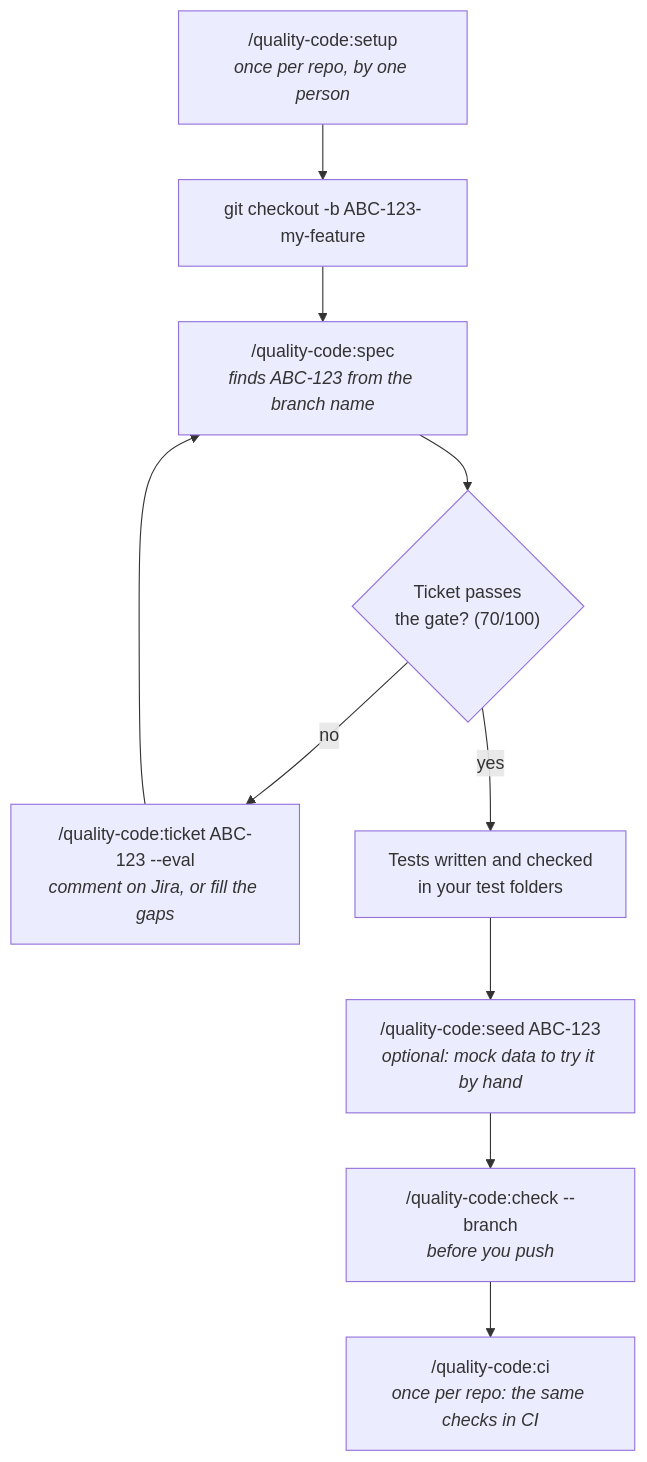
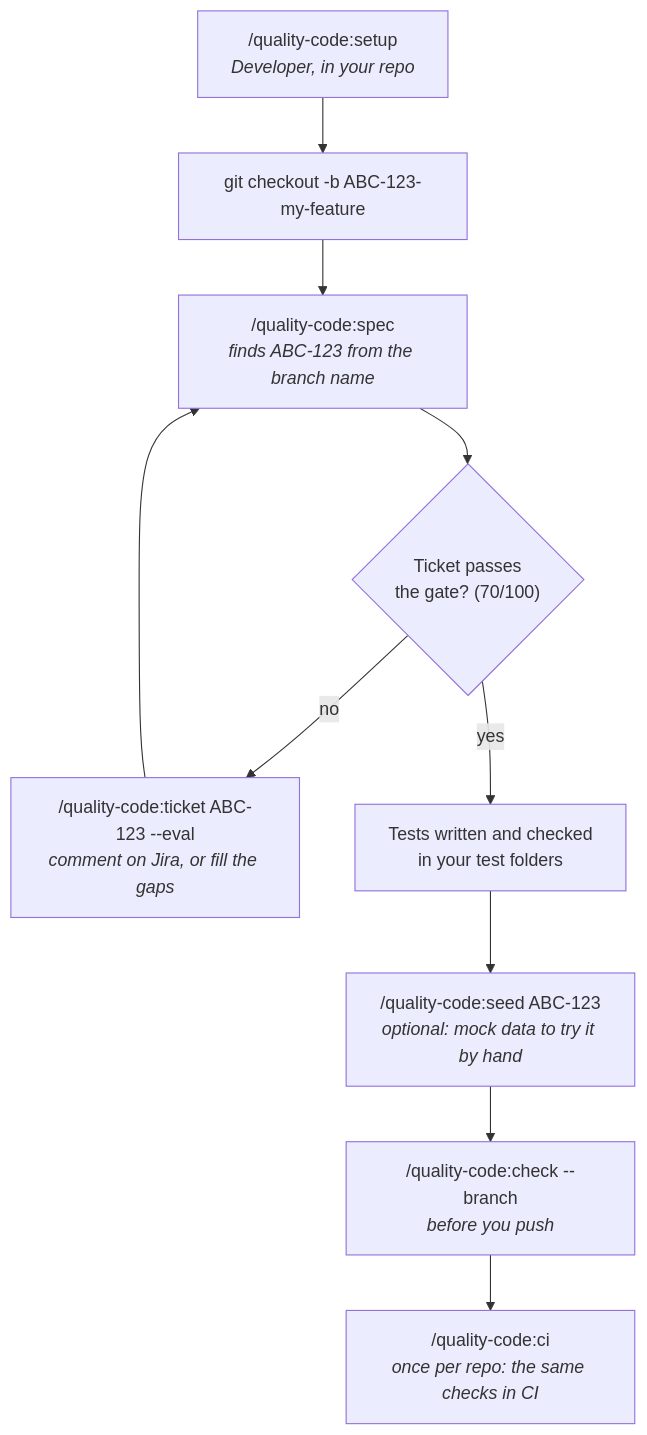
Before and after one commit to vissz28/agentic-testing: the first of 3 diagrams in README.md, drawn with Mermaid. The commit also changed other lines of this file and 21 other files, not shown here.

````diff
--- a/README.md
+++ b/README.md
@@ -34,12 +37,12 @@
 ```mermaid
 flowchart TD
-    A["/quality-code:setup<br/><i>once per repo, by one person</i>"] --> B["git checkout -b ABC-123-my-feature"]
+    A["/quality-code:setup<br/><i>Developer, in your repo</i>"] --> B["git checkout -b ABC-123-my-feature"]
     B --> C["/quality-code:spec<br/><i>finds ABC-123 from the branch name</i>"]
     C --> D{"Ticket passes<br/>the gate? (70/100)"}
     D -- no --> E["/quality-code:ticket ABC-123 --eval<br/><i>comment on Jira, or fill the gaps</i>"]
     E --> C
     D -- yes --> F["Tests written and checked<br/>in your test folders"]
     F --> G["/quality-code:seed ABC-123<br/><i>optional: mock data to try it by hand</i>"]
     G --> H["/quality-code:check --branch<br/><i>before you push</i>"]
     H --> I["/quality-code:ci<br/><i>once per repo: the same checks in CI</i>"]
 ```
````
